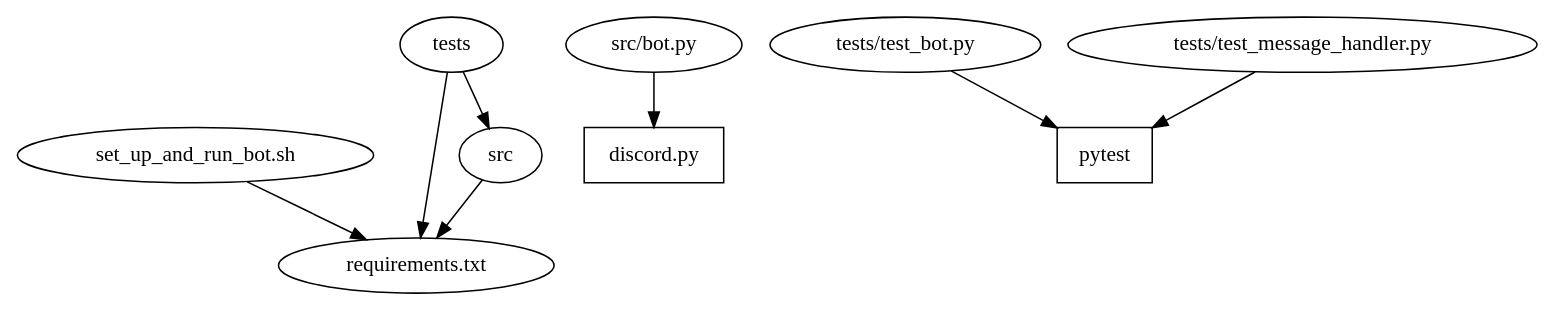
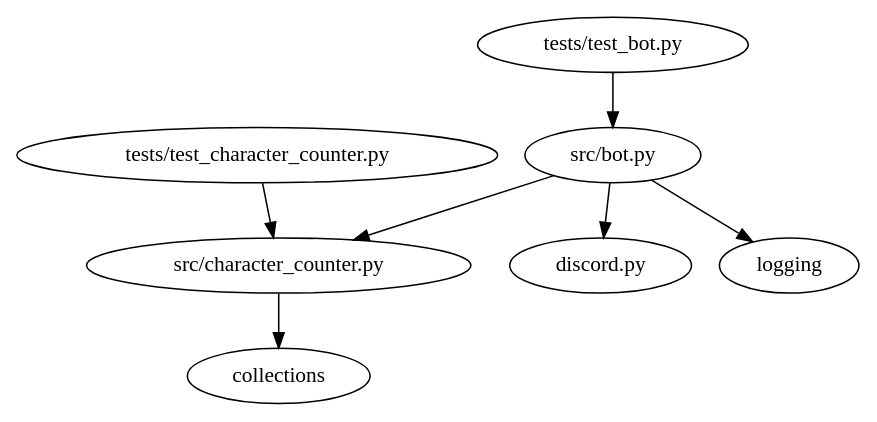
One commit to Josh-Joseph/gen-code-from-requirements-doc changed the diagram in generated_projects/local_discord_bot/project_design_document.md. Above: the diagram before and after it, drawn with Graphviz. The commit also changed other lines of this file and 14 other files, not shown here.

````diff
--- a/generated_projects/local_discord_bot/project_design_document.md
+++ b/generated_projects/local_discord_bot/project_design_document.md
@@ -29,13 +51,10 @@
 ```graphviz
 digraph G {
-    "set_up_and_run_bot.sh" -> "requirements.txt";
-    "src" -> "requirements.txt";
-    "tests" -> "src";
-    "tests" -> "requirements.txt";
-    "discord.py" [shape=box];
+    "src/bot.py" -> "src/character_counter.py";
     "src/bot.py" -> "discord.py";
-    "pytest" [shape=box];
-    "tests/test_bot.py" -> "pytest";
-    "tests/test_message_handler.py" -> "pytest";
+    "src/bot.py" -> "logging";
+    "src/character_counter.py" -> "collections";
+    "tests/test_bot.py" -> "src/bot.py";
+    "tests/test_character_counter.py" -> "src/character_counter.py";
 }
 ```
````
